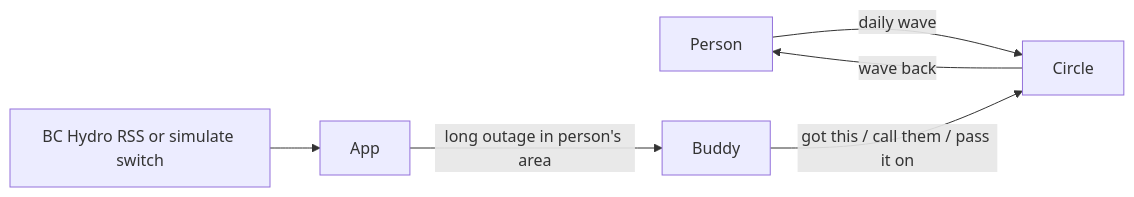
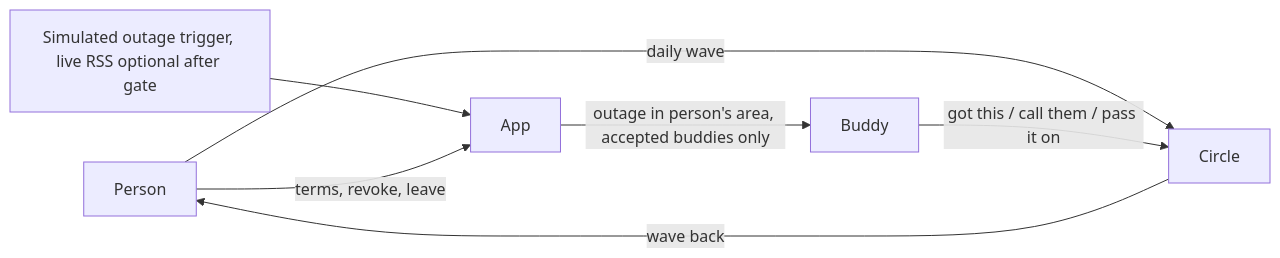
The diagram in context/architecture.md (chlooood/hackcamp), drawn with Mermaid before and after one commit. The commit also changed other lines of this file and 2 other files, not shown here.

First line of the commit message:
Log Senate run 7 verdict: stay on Wave V2, add terms screen and new cut order

````diff
--- a/context/architecture.md
+++ b/context/architecture.md
@@ -36,8 +42,9 @@
 ```mermaid
 flowchart LR
     Person -->|daily wave| Circle
     Circle -->|wave back| Person
-    RSS[BC Hydro RSS or simulate switch] --> App
-    App -->|long outage in person's area| Buddy
+    Trigger[Simulated outage trigger, live RSS optional after gate] --> App
+    Person -->|terms, revoke, leave| App
+    App -->|outage in person's area, accepted buddies only| Buddy
     Buddy -->|got this / call them / pass it on| Circle
 ```
````
